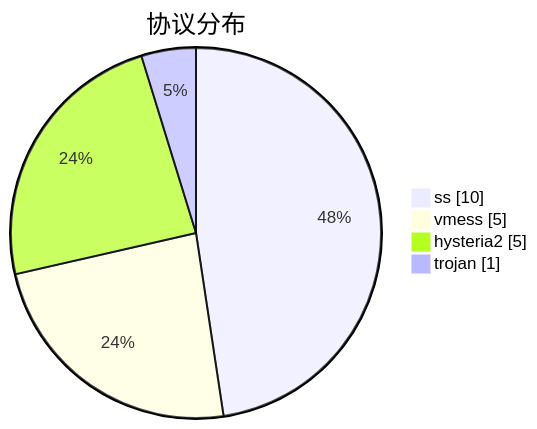
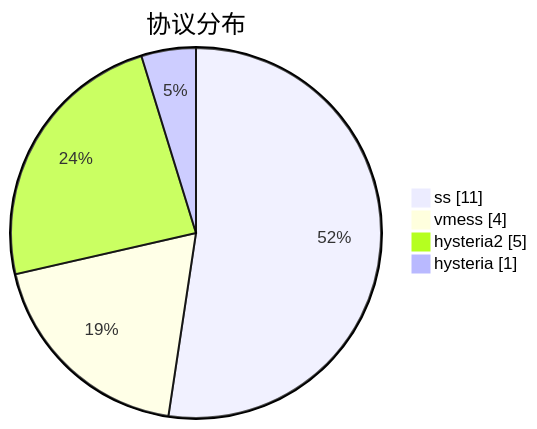
The third of 3 diagrams in subs/statistics/tested_within.md (sinspired/airport), drawn with Mermaid before and after one commit. The commit also changed other lines of this file and 2 other files, not shown here.

````diff
--- a/subs/statistics/tested_within.md
+++ b/subs/statistics/tested_within.md
@@ -17,8 +16,8 @@
 ```mermaid
 pie showData
 title 协议分布
-"ss" : 10
-"vmess" : 5
+"ss" : 11
+"vmess" : 4
 "hysteria2" : 5
-"trojan" : 1
+"hysteria" : 1
 ```
````
